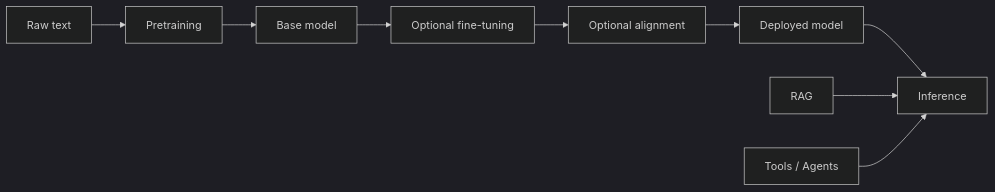
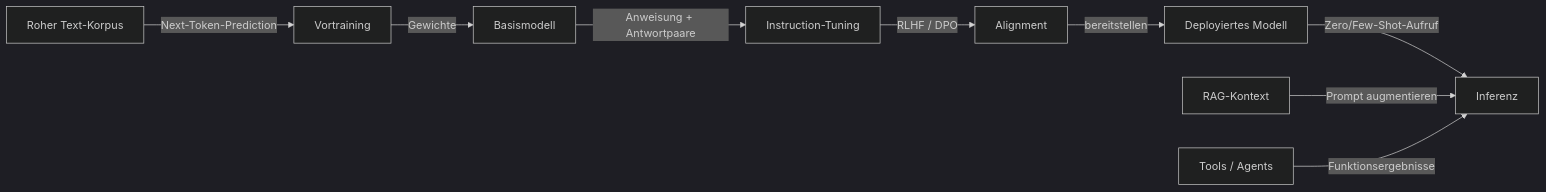
One commit to EmersonBraun/ai-summary-hub changed the diagram in i18n/de/docusaurus-plugin-content-docs/current/llms/index.md. Above: the diagram before and after it, drawn with Mermaid (dark theme). The commit also changed other lines of this file and 178 other files, not shown here.

````diff
--- a/i18n/de/docusaurus-plugin-content-docs/current/llms/index.md
+++ b/i18n/de/docusaurus-plugin-content-docs/current/llms/index.md
@@ -19,11 +21,11 @@
 ```mermaid
 flowchart LR
-  Data[Raw text] --> Pretrain[Pretraining]
-  Pretrain --> Base[Base model]
-  Base --> Tune[Optional fine-tuning]
-  Tune --> Align[Optional alignment]
-  Align --> Deploy[Deployed model]
-  Deploy --> Infer[Inference]
-  RAG[RAG] --> Infer
-  Tools["Tools / Agents"] --> Infer
+  Data[Roher Text-Korpus] -->|Next-Token-Prediction| Pretrain[Vortraining]
+  Pretrain -->|Gewichte| Base[Basismodell]
+  Base -->|Anweisung + Antwortpaare| Tune[Instruction-Tuning]
+  Tune -->|RLHF / DPO| Align[Alignment]
+  Align -->|bereitstellen| Deploy[Deployiertes Modell]
+  Deploy -->|Zero/Few-Shot-Aufruf| Infer[Inferenz]
+  RAG[RAG-Kontext] -->|Prompt augmentieren| Infer
+  Tools[Tools / Agents] -->|Funktionsergebnisse| Infer
 ```
````
